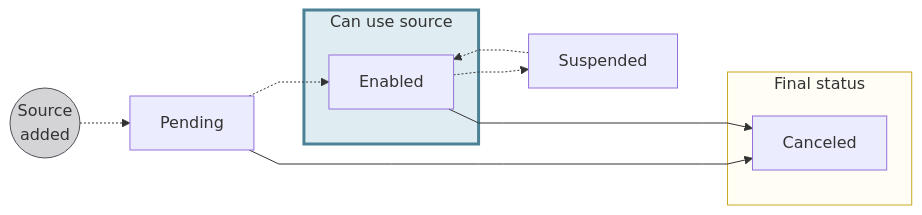
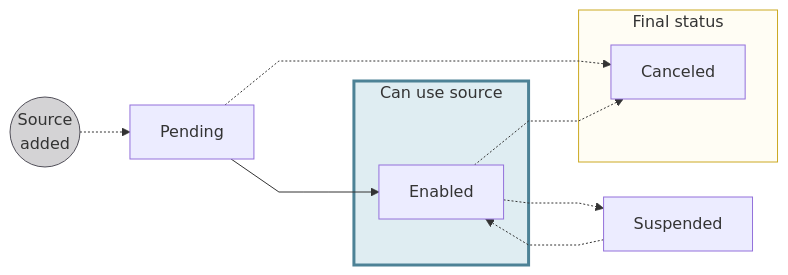
One commit to swan-io/docs changed the first of 2 diagrams in docs/topics/accounts/funding/index.mdx. Above: the diagram before and after it, drawn with Mermaid. The commit also changed other lines of this file and 73 other files, not shown here.

````diff
--- a/docs/topics/accounts/funding/index.mdx
+++ b/docs/topics/accounts/funding/index.mdx
@@ -60,19 +57,19 @@
 ```mermaid
 %%{ init: { 'flowchart': { 'curve': 'linear' } } }%%
 flowchart LR
     AMA((Source<br/>added)) -.-> P[Pending]
-    P -.-> E[Enabled]
-    P --> C[Canceled]
+    P ---> E[Enabled]
+    P -.-> C[Canceled]
     E -.-> S[Suspended]
     S -.-> E
-    E ---> C
+    E -.-> C
     subgraph U[Can use source]
         E
     end
     subgraph F[Final status]
         C
     end
     style AMA fill:#D4D3D5,stroke:#514F59
     style F fill:#fffdf4,stroke:#cca922
     style U fill:#dfedf2,stroke:#4d8296, stroke-width:3px
 ```
````
